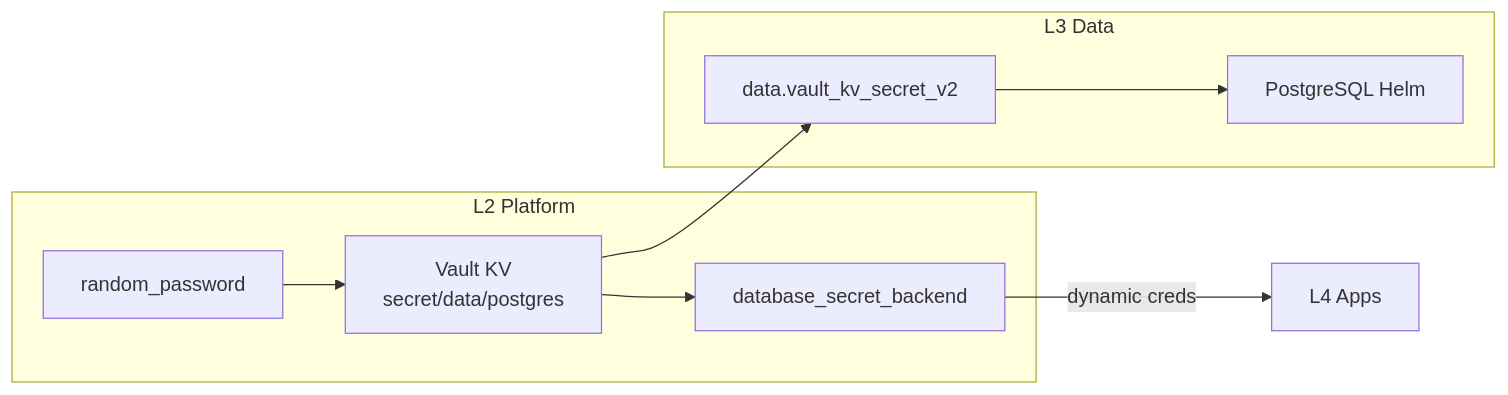
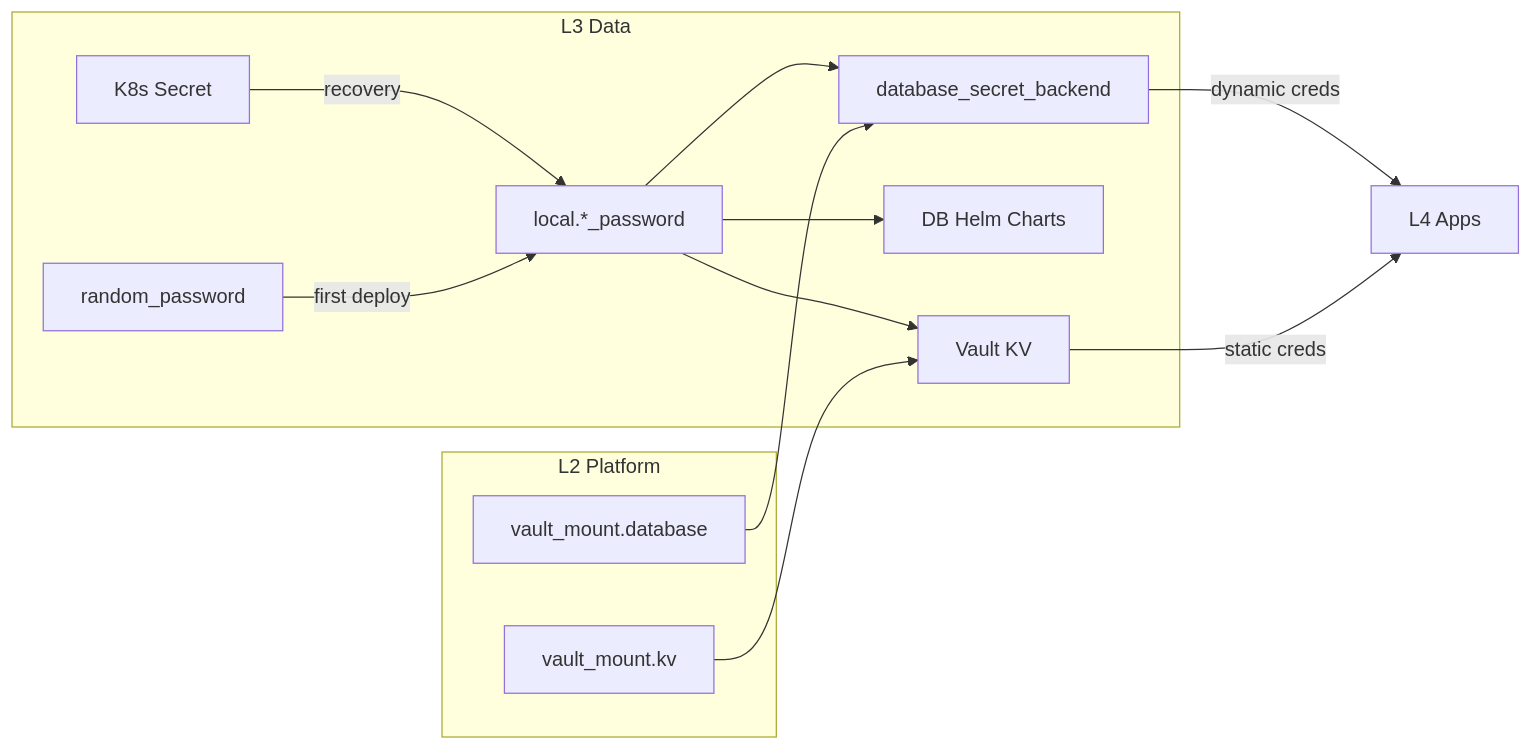
One commit to wangzitian0/infra changed the diagram in envs/staging/3.data/README.md. Above: the diagram before and after it, drawn with Mermaid. The commit also changed other lines of this file and 5 other files, not shown here.

First line of the commit message:
fix(l3): implement Vault-first password recovery pattern (#349) (#350)

````diff
--- a/envs/staging/3.data/README.md
+++ b/envs/staging/3.data/README.md
@@ -21,12 +21,18 @@
 ```mermaid
 graph LR
     subgraph "L2 Platform"
-        RND[random_password] --> KV[Vault KV<br/>secret/data/postgres]
-        KV --> DB_CFG[database_secret_backend]
+        VM[vault_mount.kv]
+        VD[vault_mount.database]
     end
     subgraph "L3 Data"
-        DATA[data.vault_kv_secret_v2] --> HELM[PostgreSQL Helm]
+        K8S[K8s Secret] --> |recovery| LOCAL[local.*_password]
+        RND[random_password] --> |first deploy| LOCAL
+        LOCAL --> KV[Vault KV]
+        LOCAL --> HELM[DB Helm Charts]
+        LOCAL --> DB_CFG[database_secret_backend]
     end
-    KV --> DATA
+    VM --> KV
+    VD --> DB_CFG
     DB_CFG --> |dynamic creds| L4[L4 Apps]
+    KV --> |static creds| L4
 ```
````
